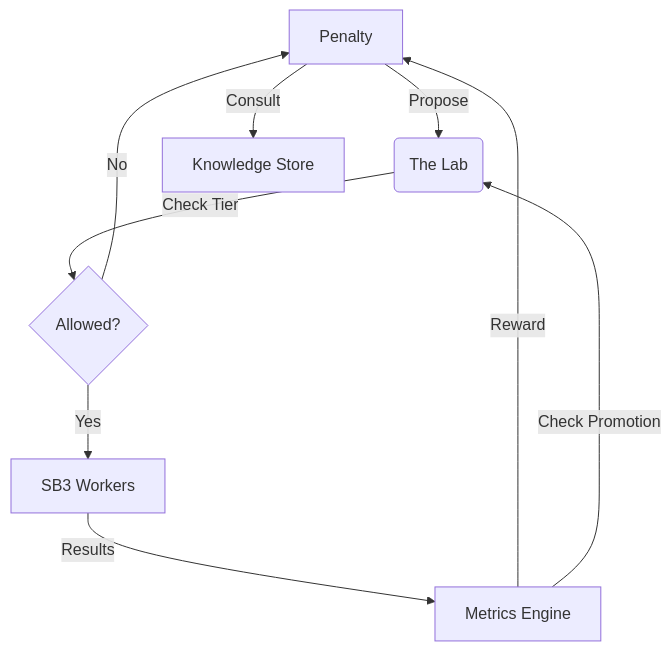
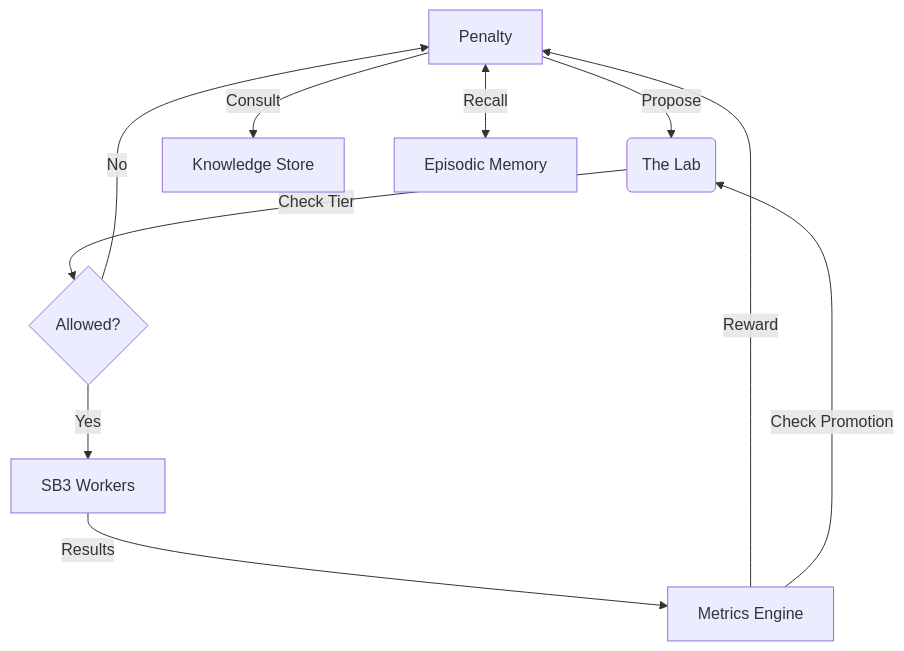
The diagram in README.md (sirPhoebus/multi), drawn with Mermaid before and after one commit. The commit also changed other lines of this file and 6 other files, not shown here.

````diff
--- a/README.md
+++ b/README.md
@@ -35,11 +46,12 @@
 ```mermaid
 graph TD
     A[Neural Researchers] -->|Propose| B(The Lab)
     B -->|Check Tier| B1{Allowed?}
     B1 -->|Yes| C[SB3 Workers]
     B1 -->|No| A[Penalty]
     C -->|Results| D[Metrics Engine]
     D -->|Reward| A
     D -->|Check Promotion| B
     A -->|Consult| E[Knowledge Store]
+    A <-->|Recall| F[Episodic Memory]
 ```
````
